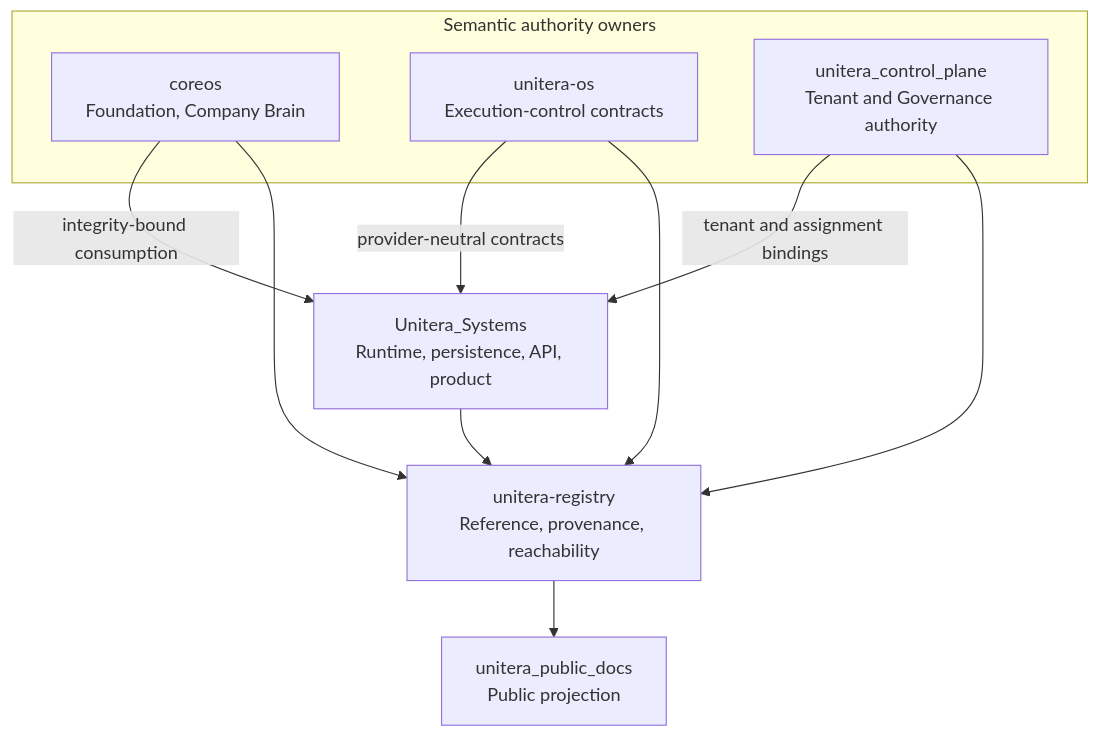
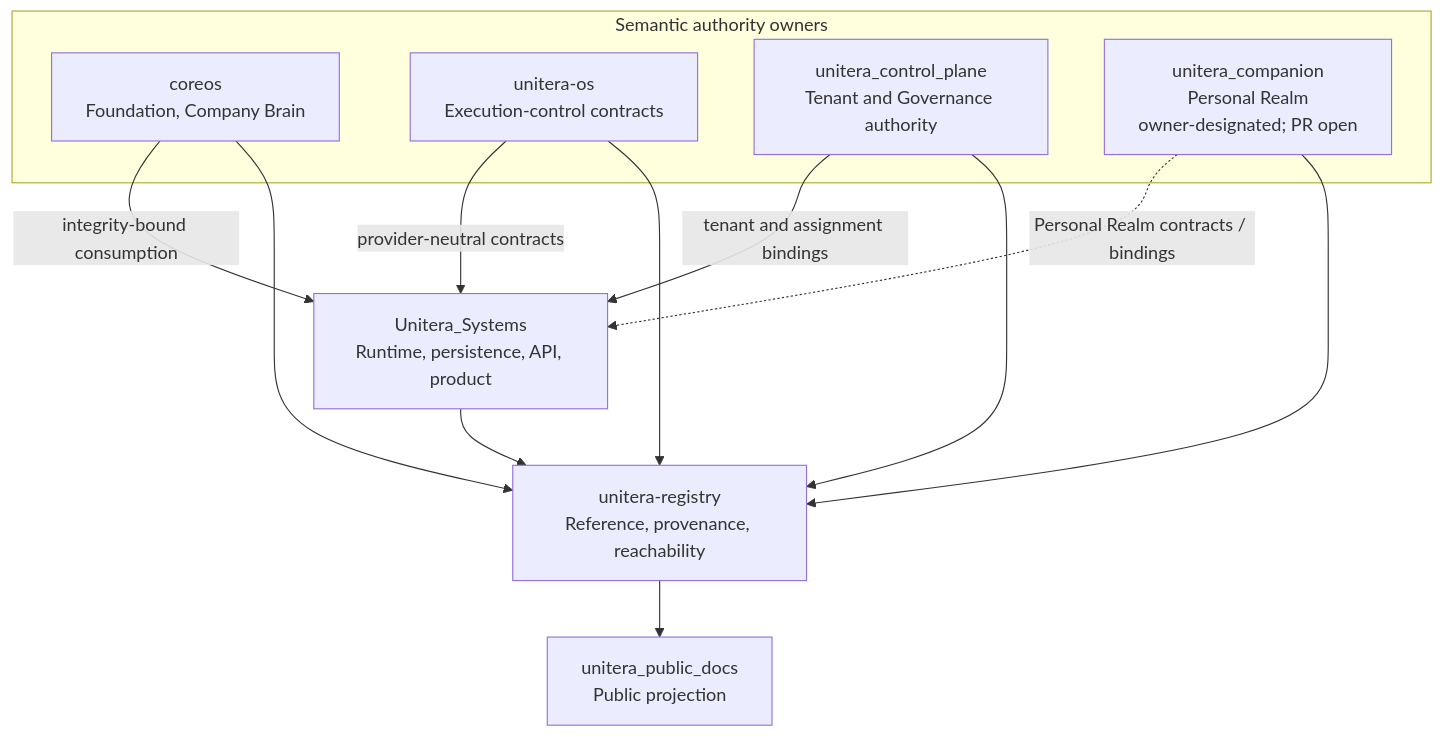
Before and after one commit to baum777/unitera_public_docs: the first of 2 diagrams in docs/en/architecture/repository-topology.md, drawn with Mermaid. The commit also changed other lines of this file, not shown here.

Commit message:
docs: add Personal Realm owner surface to topology (en)

````diff
--- a/docs/en/architecture/repository-topology.md
+++ b/docs/en/architecture/repository-topology.md
@@ -9,21 +9,24 @@
 ```mermaid
 flowchart TB
     subgraph OWNERS[Semantic authority owners]
       C[coreos<br/>Foundation, Company Brain]
       O[unitera-os<br/>Execution-control contracts]
       T[unitera_control_plane<br/>Tenant and Governance authority]
+      P[unitera_companion<br/>Personal Realm<br/>owner-designated; PR open]
     end
 
     S[Unitera_Systems<br/>Runtime, persistence, API, product]
     R[unitera-registry<br/>Reference, provenance, reachability]
     D[unitera_public_docs<br/>Public projection]
 
     C -->|integrity-bound consumption| S
     O -->|provider-neutral contracts| S
     T -->|tenant and assignment bindings| S
+    P -.->|Personal Realm contracts / bindings| S
     C --> R
     O --> R
     T --> R
+    P --> R
     S --> R
     R --> D
 ```
````
